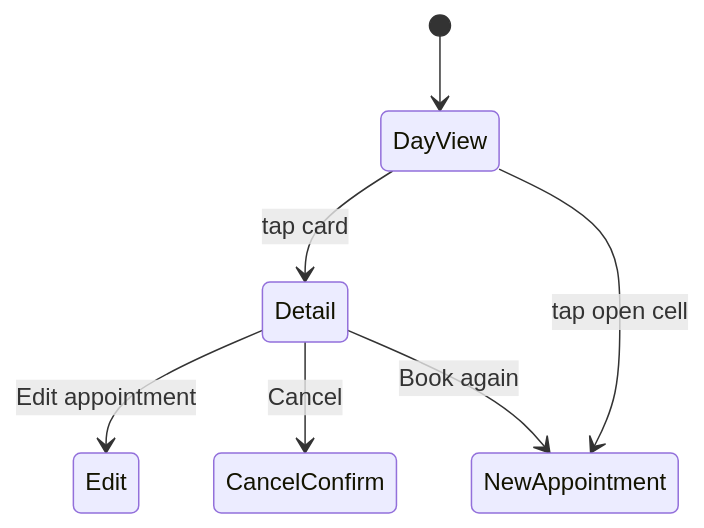
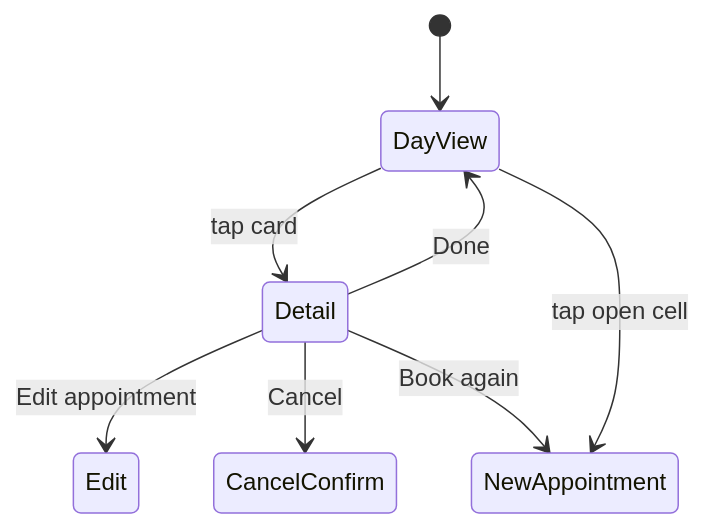
The diagram in lode/ui/calendar-views.md (joeterlecki/chairflow), drawn with Mermaid before and after one commit. The commit also changed other lines of this file and 10 other files, not shown here.

````diff
--- a/lode/ui/calendar-views.md
+++ b/lode/ui/calendar-views.md
@@ -35,9 +39,10 @@
 ```mermaid
 stateDiagram-v2
   [*] --> DayView
   DayView --> Detail: tap card
+  Detail --> DayView: Done
   Detail --> Edit: Edit appointment
   Detail --> CancelConfirm: Cancel
   Detail --> NewAppointment: Book again
   DayView --> NewAppointment: tap open cell
 ```
````
